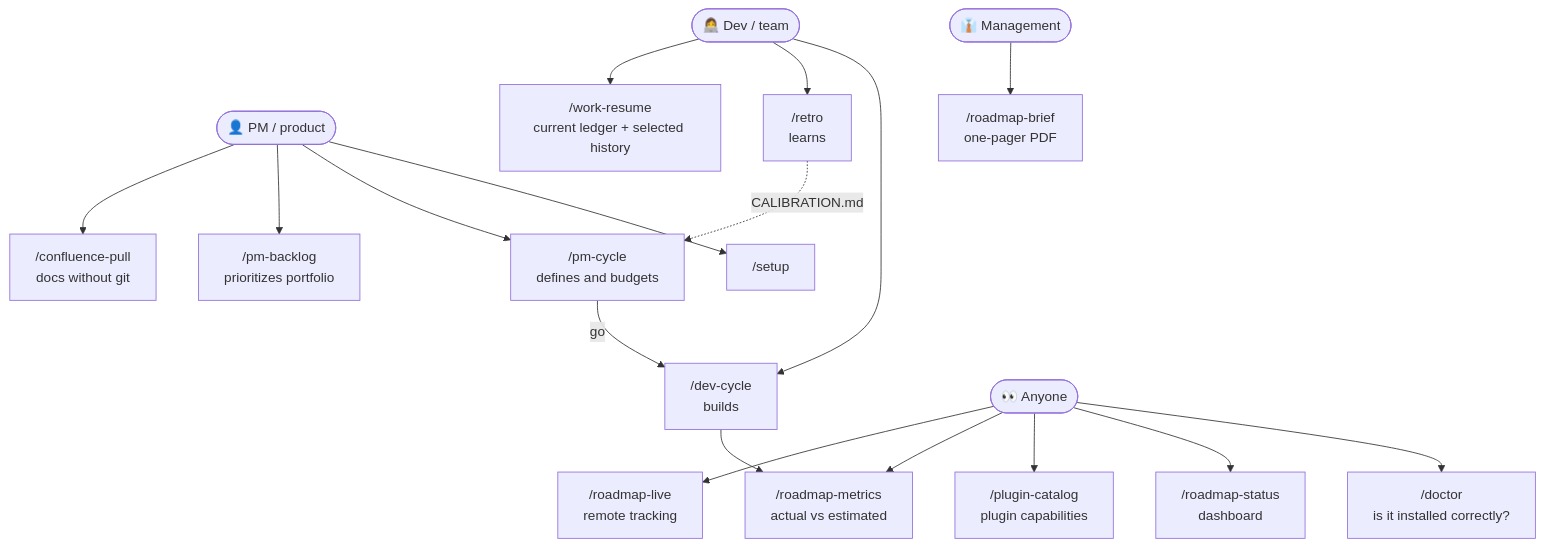
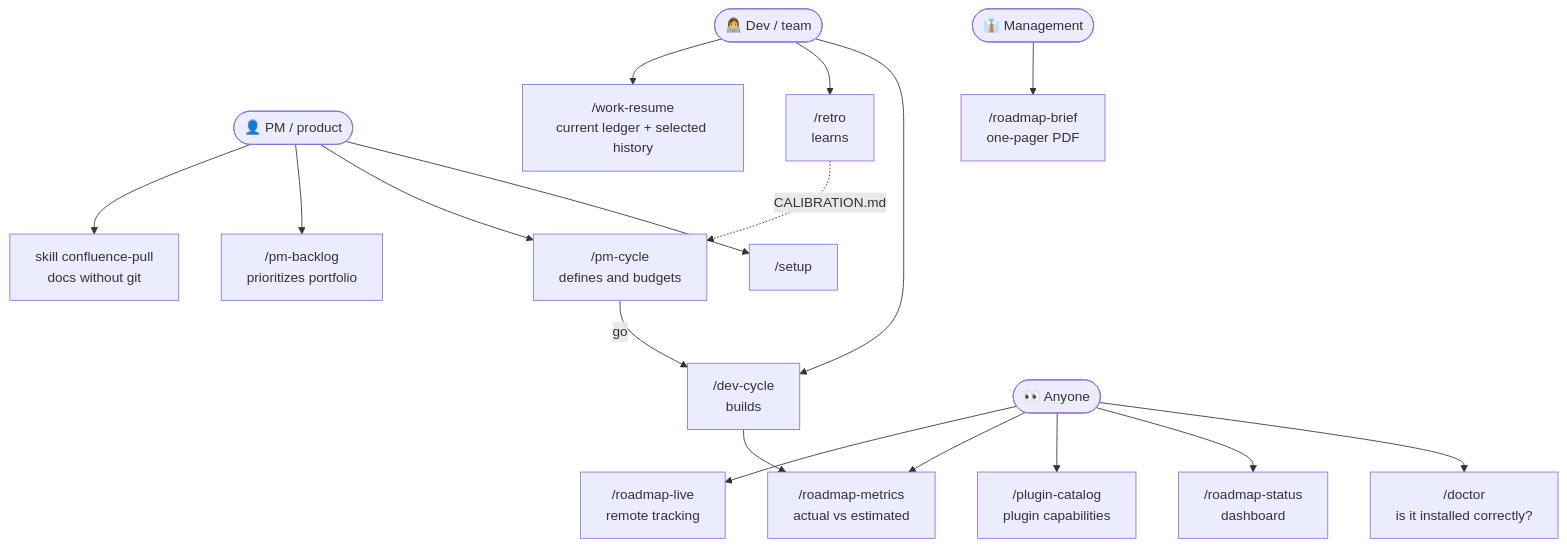
Before and after one commit to daycry/custom-agents: the second of 28 diagrams in docs/en/FLOWS.md, drawn with Mermaid. The commit also changed 25 other files, not shown here.

First line of the commit message:
T-03 (plugin-audit-2): un solo confluence-pull (se retira el comando) y el linter vigila la colisión

````diff
--- a/docs/en/FLOWS.md
+++ b/docs/en/FLOWS.md
@@ -47,19 +47,19 @@
 ```mermaid
 flowchart TD
     PM(["👤 PM / product"]) --> S0["/setup"]
     PM --> P1["/pm-cycle<br/>defines and budgets"]
     PM --> P2["/pm-backlog<br/>prioritizes portfolio"]
-    PM --> P3["/confluence-pull<br/>docs without git"]
+    PM --> P3["skill confluence-pull<br/>docs without git"]
     DEV(["👩‍💻 Dev / team"]) --> D1["/dev-cycle<br/>builds"]
     DEV --> D2["/retro<br/>learns"]
     DEV --> D3["/work-resume<br/>current ledger + selected history"]
     DIR(["👔 Management"]) --> V1["/roadmap-brief<br/>one-pager PDF"]
     TODOS(["👀 Anyone"]) --> V0["/doctor<br/>is it installed correctly?"]
     TODOS --> V2["/roadmap-status<br/>dashboard"]
     TODOS --> V5["/plugin-catalog<br/>plugin capabilities"]
     TODOS --> V3["/roadmap-metrics<br/>actual vs estimated"]
     TODOS --> V4["/roadmap-live<br/>remote tracking"]
     P1 -->|go| D1
     D1 --> V3
     D2 -.->|CALIBRATION.md| P1
 ```
````
